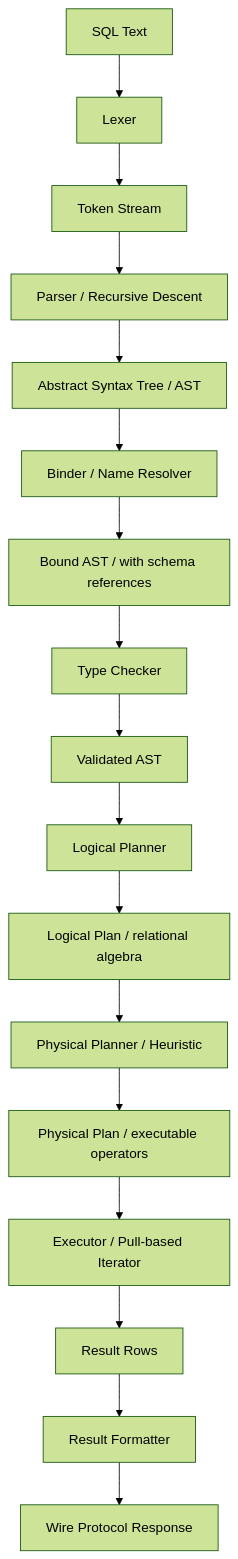
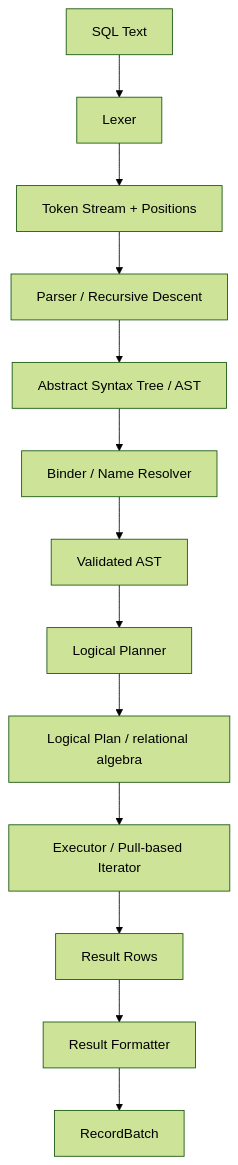
The first of 6 diagrams in docs/21-sql-layer.md (Icarus-afk/Nova-Runtime), drawn with Mermaid (forest theme) before and after one commit. The commit also changed other lines of this file and 7 other files, not shown here.

First line of the commit message:
Update architecture docs to match Phase 3 implementation

````diff
--- a/docs/21-sql-layer.md
+++ b/docs/21-sql-layer.md
@@ -65,19 +69,15 @@
 ```mermaid
 graph TB
     SQL[SQL Text] --> Lexer[Lexer]
-    Lexer --> TokenStream[Token Stream]
+    Lexer --> TokenStream[Token Stream + Positions]
     TokenStream --> Parser[Parser / Recursive Descent]
     Parser --> AST[Abstract Syntax Tree / AST]
     AST --> Binder[Binder / Name Resolver]
-    Binder --> BoundAST[Bound AST / with schema references]
-    BoundAST --> TypeChecker[Type Checker]
-    TypeChecker --> ValidatedAST[Validated AST]
+    Binder --> ValidatedAST[Validated AST]
     ValidatedAST --> LogicalPlanner[Logical Planner]
     LogicalPlanner --> LogicalPlan[Logical Plan / relational algebra]
-    LogicalPlan --> PhysicalPlanner[Physical Planner / Heuristic]
-    PhysicalPlanner --> PhysicalPlan[Physical Plan / executable operators]
-    PhysicalPlan --> Executor[Executor / Pull-based Iterator]
+    LogicalPlan --> Executor[Executor / Pull-based Iterator]
     Executor --> ResultRows[Result Rows]
     ResultRows --> ResultFormatter[Result Formatter]
-    ResultFormatter --> Response[Wire Protocol Response]
+    ResultFormatter --> Response[RecordBatch]
 ```
````
